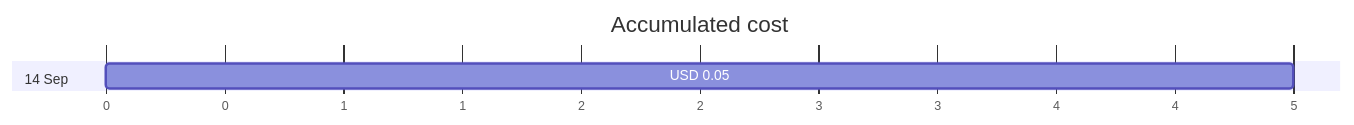
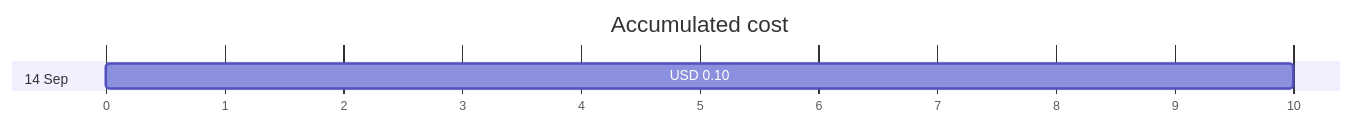
Before and after one commit to jpfulton/azure-personal-reports: the first of 4 diagrams in cost-reports/personal-network/backup-server-public-ip.md, drawn with Mermaid. The commit also changed other lines of this file and 37 other files, not shown here.

````diff
--- a/cost-reports/personal-network/backup-server-public-ip.md
+++ b/cost-reports/personal-network/backup-server-public-ip.md
@@ -20,8 +20,8 @@
 ```mermaid
 gantt
    title Accumulated cost
    dateFormat  X
    axisFormat %s
    section 14 Sep
-   USD 0.05 :0, 5
+   USD 0.10 :0, 10
 ```
````
